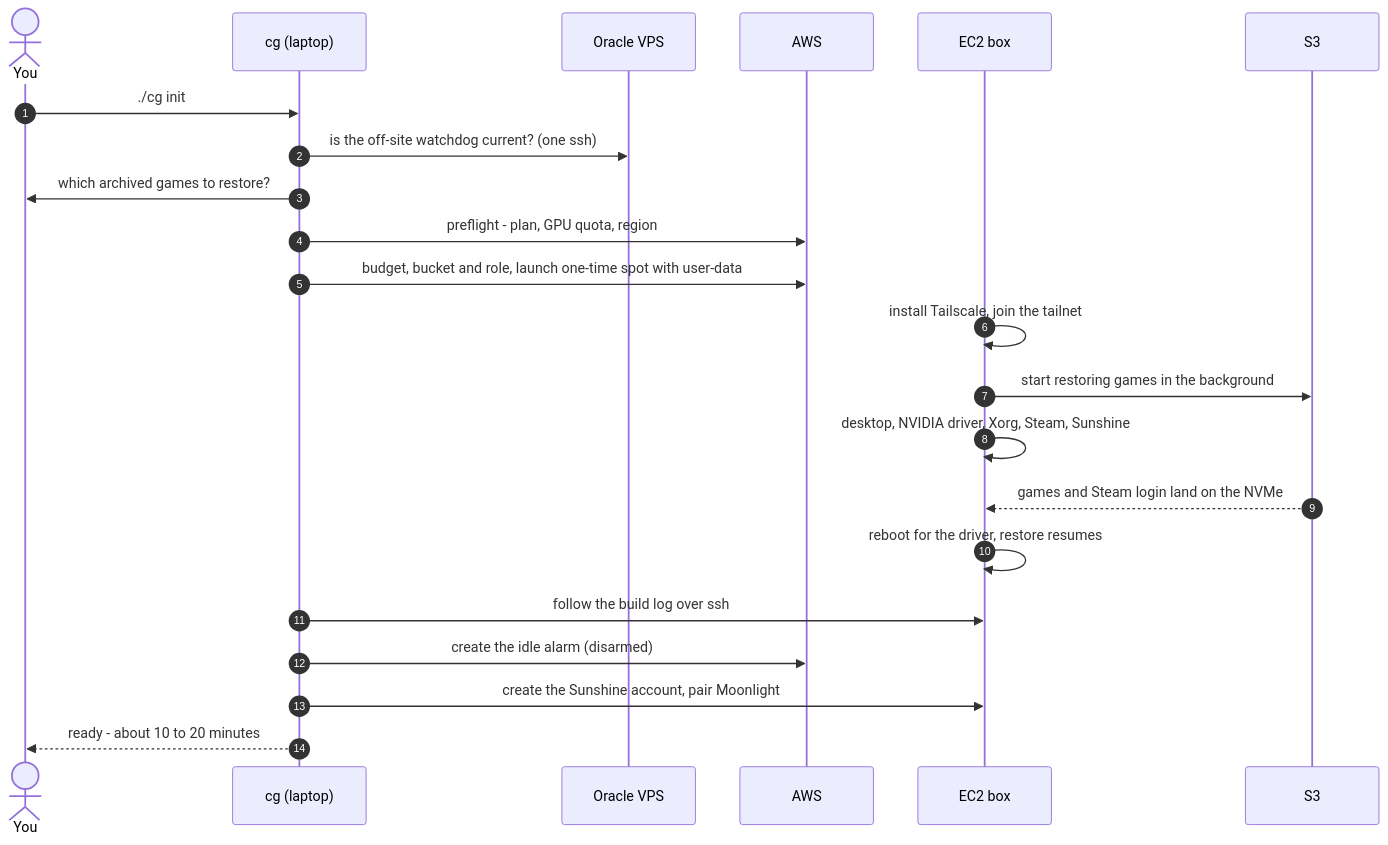
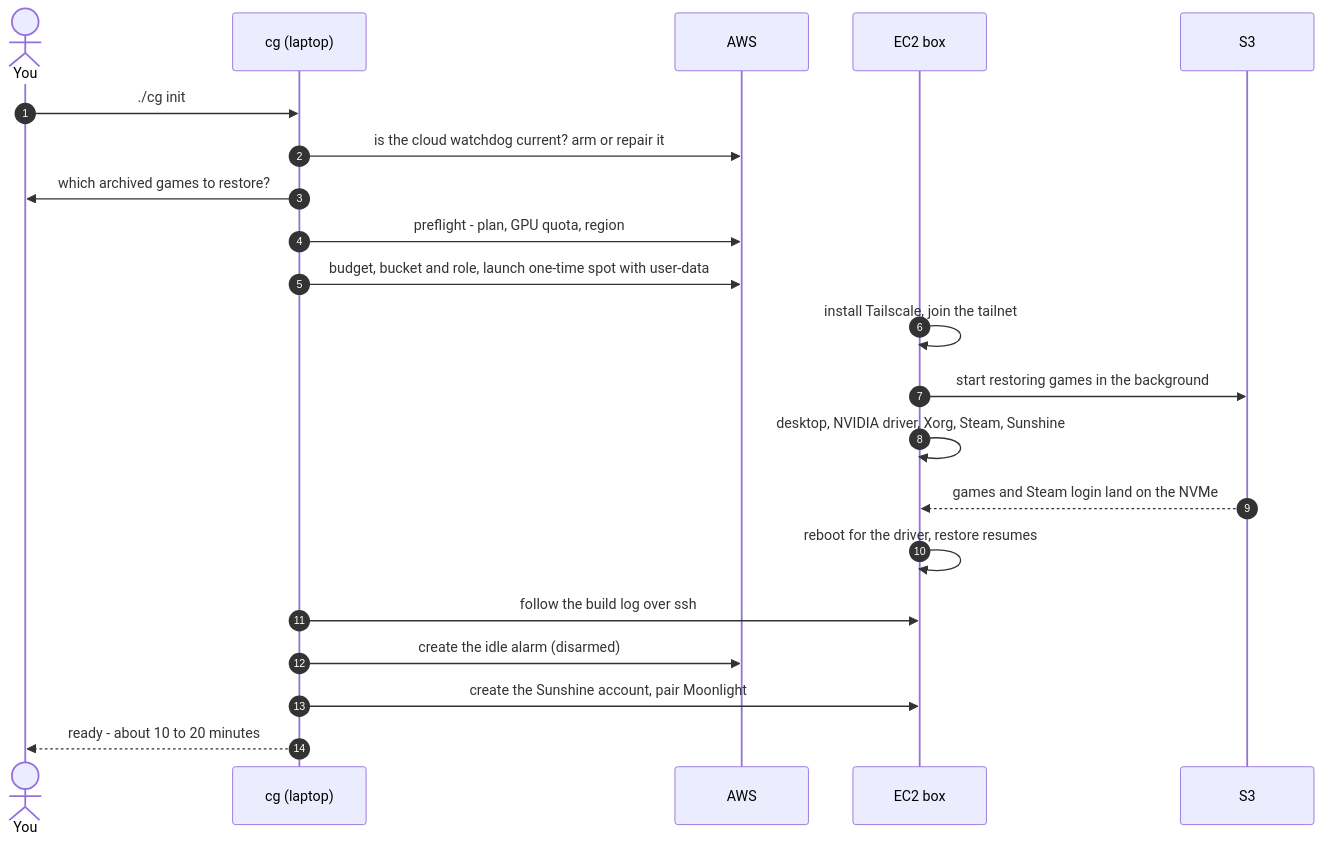
Before and after one commit to jebin2/aws_cloud_gaming: the fourth of 7 diagrams in docs/architecture.md, drawn with Mermaid. The commit also changed other lines of this file and 37 other files, not shown here.

````diff
--- a/docs/architecture.md
+++ b/docs/architecture.md
@@ -104,25 +104,24 @@
 ```mermaid
 sequenceDiagram
   autonumber
   actor You
   participant cg as cg (laptop)
-  participant VPS as Oracle VPS
   participant AWS
   participant EC2 as EC2 box
   participant S3
 
   You->>cg: ./cg init
-  cg->>VPS: is the off-site watchdog current? (one ssh)
+  cg->>AWS: is the cloud watchdog current? arm or repair it
   cg->>You: which archived games to restore?
   cg->>AWS: preflight - plan, GPU quota, region
   cg->>AWS: budget, bucket and role, launch one-time spot with user-data
   EC2->>EC2: install Tailscale, join the tailnet
   EC2->>S3: start restoring games in the background
   EC2->>EC2: desktop, NVIDIA driver, Xorg, Steam, Sunshine
   S3-->>EC2: games and Steam login land on the NVMe
   EC2->>EC2: reboot for the driver, restore resumes
   cg->>EC2: follow the build log over ssh
   cg->>AWS: create the idle alarm (disarmed)
   cg->>EC2: create the Sunshine account, pair Moonlight
   cg-->>You: ready - about 10 to 20 minutes
 ```
````
